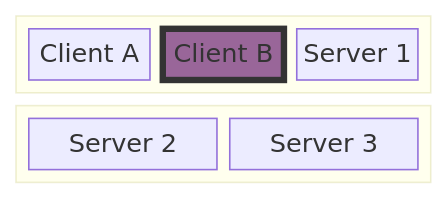
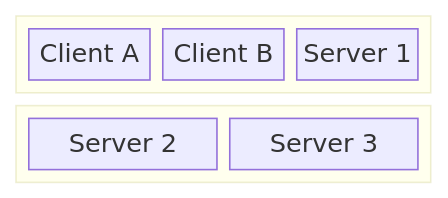
The diagram in slidegenerator/mermaid/cluster_diagram.md (jan379/quobyte-presales), drawn with Mermaid before and after one commit.

Commit message:
simplify

````diff
--- a/slidegenerator/mermaid/cluster_diagram.md
+++ b/slidegenerator/mermaid/cluster_diagram.md
@@ -3,15 +3,14 @@
 ```mermaid
 block-beta
 columns 1
   block:Compute
     A["Client A"]
     B["Client B"]
     C["Client C"]
   end
   block:Storage
     C["Server 1"]
     D["Server 2"]
     E["Server 3"]
   end
-  style B fill:#969,stroke:#333,stroke-width:4px
 ```
````
